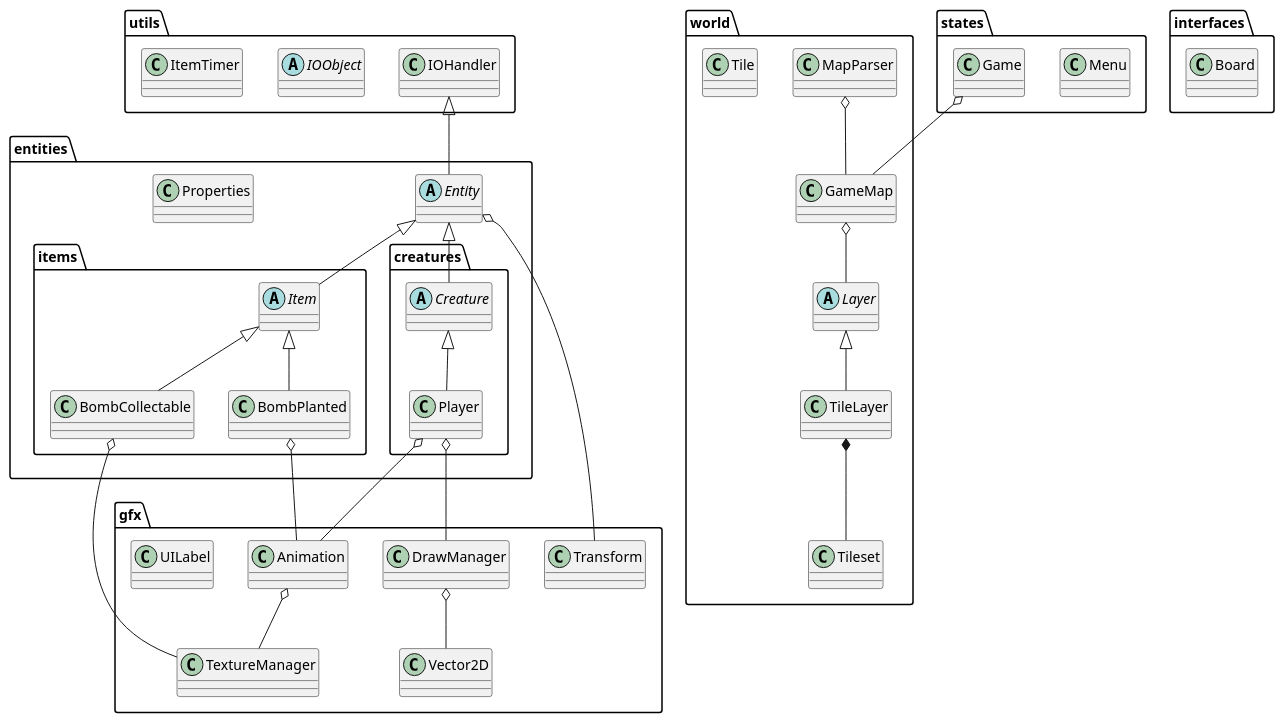
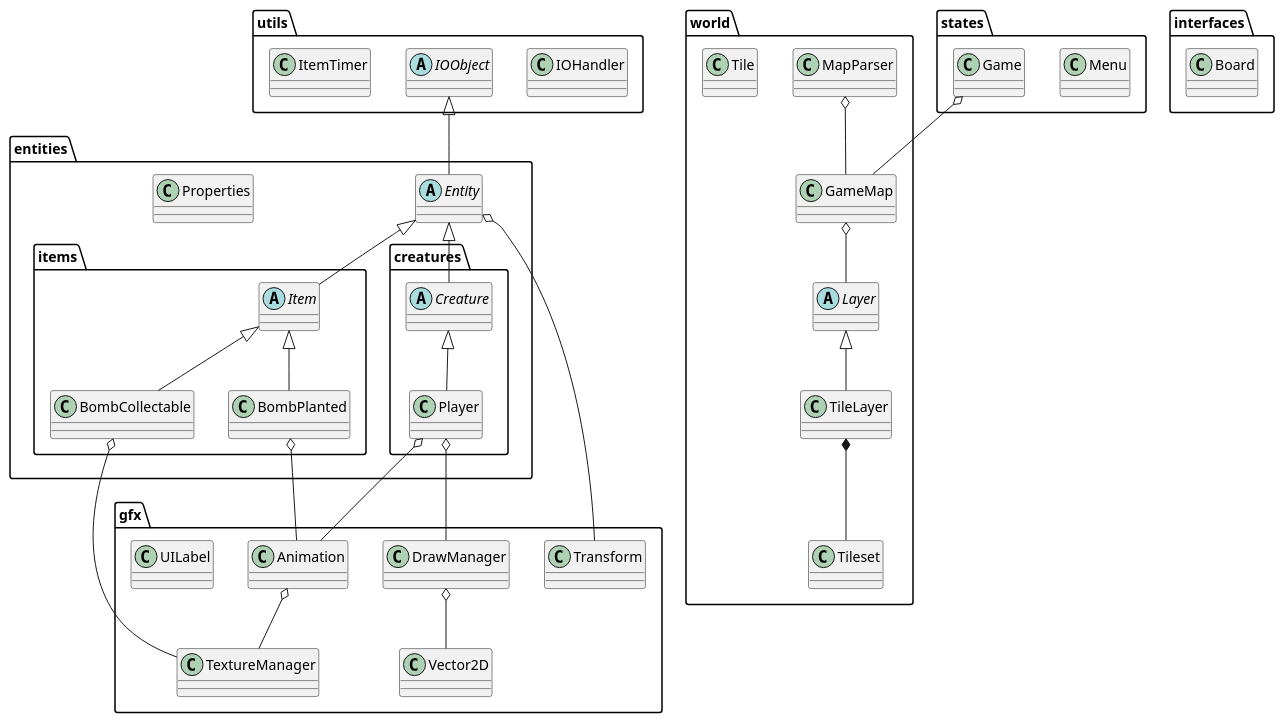
One commit to nicchongwb/okBoomer-CPP changed the diagram in OkBoomer/uml_compact.puml. Above: the diagram before and after it, drawn with PlantUML. The commit also changed 3 other files, not shown here.

Commit message:
Update UML

```diff
--- a/OkBoomer/uml_compact.puml
+++ b/OkBoomer/uml_compact.puml
@@ -1,149 +1,149 @@
 @startuml
 /' Objects '/
 abstract class entities.Entity {
 }
 
 abstract class entities.items.Item {
 }
 
 class entities.items.BombCollectable {
 }
 
 
 class entities.items.BombPlanted {
 }
 
 
 abstract class entities.creatures.Creature {
 }
 
 class entities.creatures.Player {
 }
 
 class gfx.Animation {
 }
 
 
 class gfx.DrawManager {
 }
 
 abstract class world.Layer {
 }
 
 
 class world.MapParser {
 }
 
 
 class states.Menu {
 }
 
 class gfx.TextureManager {
 }
 
 
 class gfx.Transform {
 }
 
 
 class gfx.Vector2D {
 }
 
 class entities.Properties {
 }
 
 class states.Game {
 }
 
 class interfaces.Board {
 }
 
 
 class world.GameMap {
 }
 
 class gfx.UILabel {
 }
 
 class world.Tile {
 }
 
 
 class world.TileLayer {
 }
 
 class world.Tileset {
 }
 
 class utils.IOHandler {
 }
 
 
 abstract class utils.IOObject {
 }
 
 class utils.ItemTimer {
 }
 
 /' Inheritance relationships '/
 
 .entities.creatures.Creature <|-- .entities.creatures.Player
 
 
 .entities.Entity <|-- .entities.creatures.Creature
 
 
 .entities.Entity <|-- .entities.items.Item
 
 
-.utils.IOHandler <|-- .entities.Entity
+.utils.IOObject <|-- .entities.Entity
 
 
 .entities.items.Item <|-- .entities.items.BombCollectable
 
 
 .entities.items.Item <|-- .entities.items.BombPlanted
 
 
 .world.Layer <|-- .world.TileLayer
 
 /' Aggregation relationships '/
 
 
 .entities.items.BombCollectable o-- .gfx.TextureManager
 
 
 .entities.items.BombPlanted o-- .gfx.Animation
 
 
 .gfx.DrawManager o-- .gfx.Vector2D
 
 
 .entities.Entity o-- .gfx.Transform
 
 
 .states.Game o-- .world.GameMap
 
 
 .world.GameMap o-- .world.Layer
 
 
 .world.MapParser o-- .world.GameMap
 
 
 .entities.creatures.Player o-- .gfx.Animation
 
 
 .entities.creatures.Player o-- .gfx.DrawManager
 
 
 .gfx.Animation o-- .gfx.TextureManager
 
 
 .world.TileLayer *-- .world.Tileset
 
 
 /' Nested objects '/
 
 
 @enduml
```
